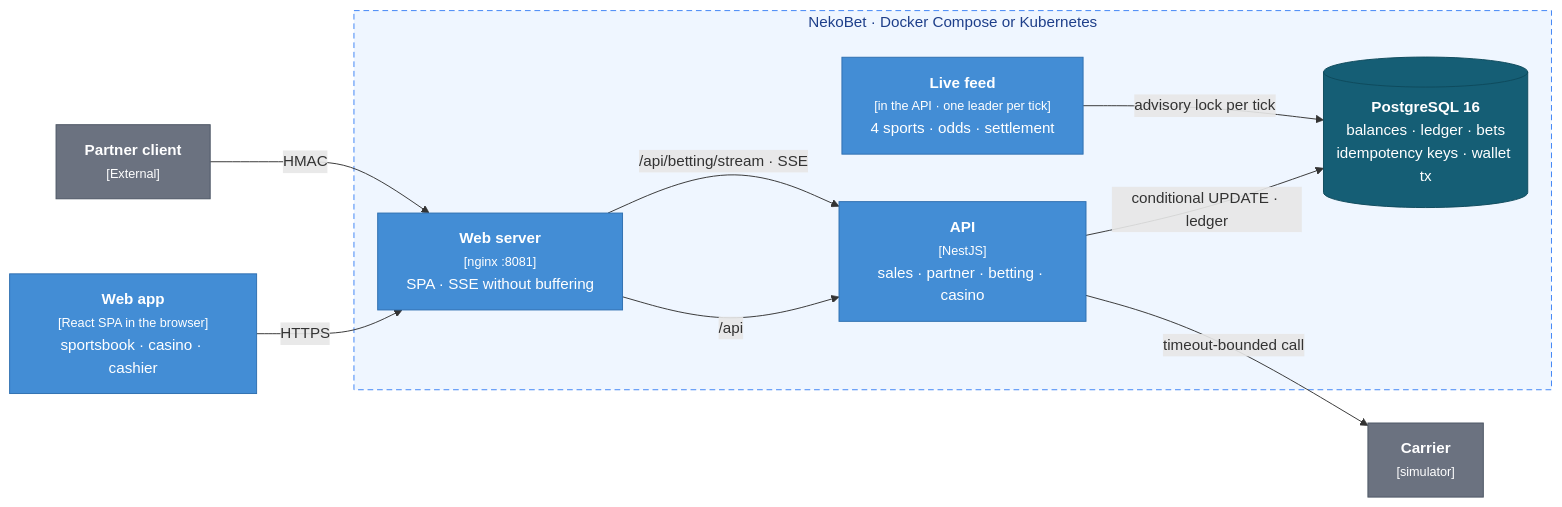
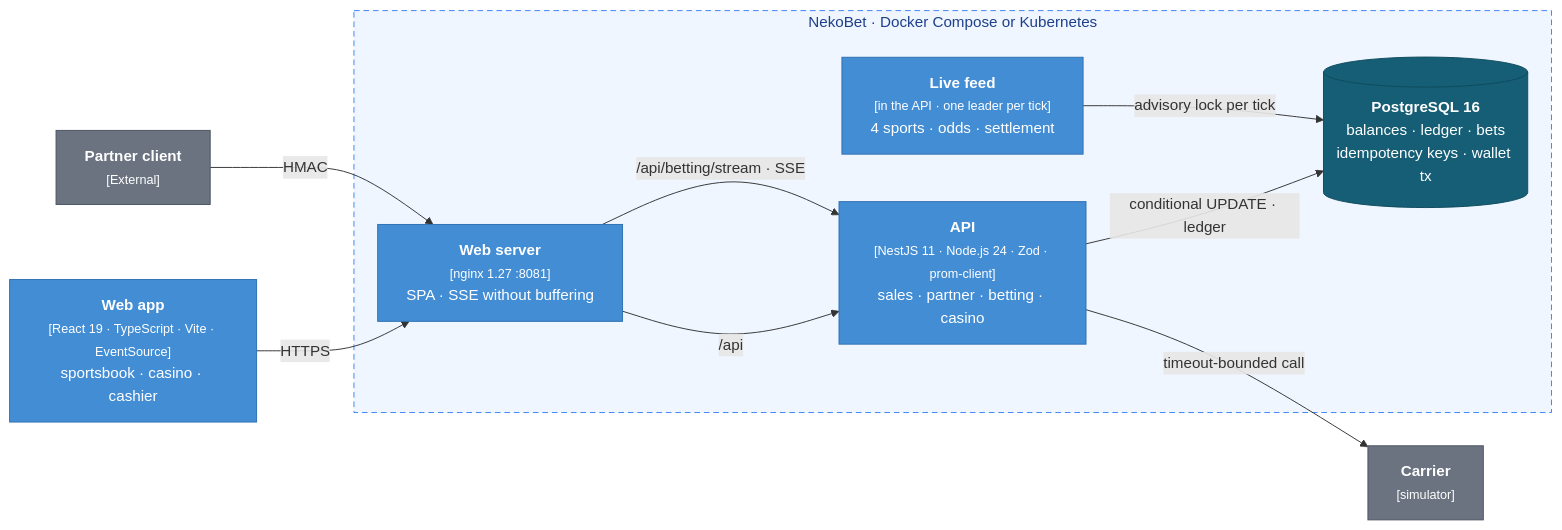
One commit to vzuliani97/vzuliani97.github.io changed the diagram in diagrams/nekobet-containers.mmd. Above: the diagram before and after it, drawn with Mermaid. The commit also changed 5 other files, not shown here.

Commit message:
feat: stack by layer with versions on every case study; frameworks named in the container diagrams

```diff
--- a/diagrams/nekobet-containers.mmd
+++ b/diagrams/nekobet-containers.mmd
@@ -1,24 +1,24 @@
 flowchart LR
-  B["<b>Web app</b><br/><small>[React SPA in the browser]</small><br/>sportsbook · casino · cashier"]:::container
+  B["<b>Web app</b><br/><small>[React 19 · TypeScript · Vite · EventSource]</small><br/>sportsbook · casino · cashier"]:::container
   I["<b>Partner client</b><br/><small>[External]</small>"]:::external
   subgraph boundary["NekoBet · Docker Compose or Kubernetes"]
-    N["<b>Web server</b><br/><small>[nginx :8081]</small><br/>SPA · SSE without buffering"]:::container
-    A["<b>API</b><br/><small>[NestJS]</small><br/>sales · partner · betting · casino"]:::container
+    N["<b>Web server</b><br/><small>[nginx 1.27 :8081]</small><br/>SPA · SSE without buffering"]:::container
+    A["<b>API</b><br/><small>[NestJS 11 · Node.js 24 · Zod · prom-client]</small><br/>sales · partner · betting · casino"]:::container
     L["<b>Live feed</b><br/><small>[in the API · one leader per tick]</small><br/>4 sports · odds · settlement"]:::container
     DB[("<b>PostgreSQL 16</b><br/>balances · ledger · bets<br/>idempotency keys · wallet tx")]:::store
   end
   P["<b>Carrier</b><br/><small>[simulator]</small>"]:::external
   B -->|"HTTPS"| N
   I -->|"HMAC"| N
   N -->|"/api"| A
   N -->|"/api/betting/stream · SSE"| A
   A -->|"conditional UPDATE · ledger"| DB
   L -->|"advisory lock per tick"| DB
   A -->|"timeout-bounded call"| P
 
   classDef person fill:#0b3d75,stroke:#082c55,color:#ffffff
   classDef container fill:#438dd5,stroke:#2e6fb0,color:#ffffff
   classDef store fill:#155e75,stroke:#0e4a5c,color:#ffffff
   classDef external fill:#6b7280,stroke:#4b5563,color:#ffffff
   classDef planned fill:#ffffff,stroke:#94a3b8,stroke-dasharray:6 4,color:#475569
   style boundary fill:#eff6ff,stroke:#3b82f6,stroke-dasharray:6 4,color:#1e3f8a
```
